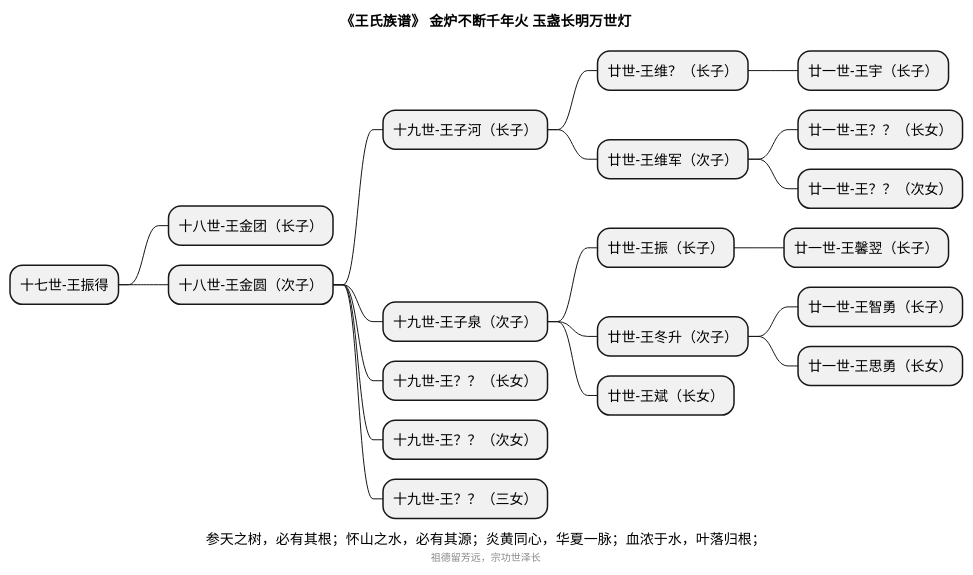
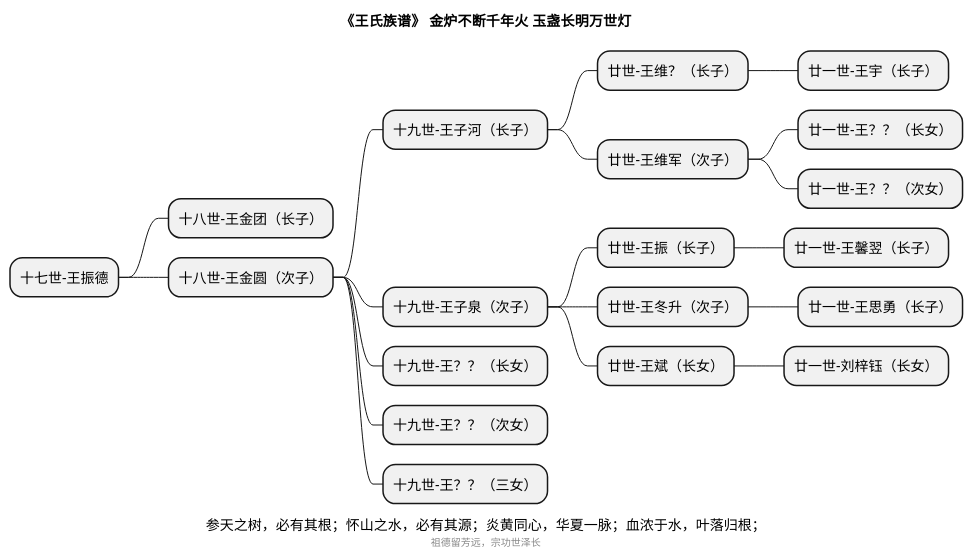
Before and after one commit to wdsheng0i/wdsheng0i.github.io: the diagram in assets/files/mindmap/family-wang.puml, drawn with PlantUML. The commit also changed 4 other files, not shown here.

```diff
--- a/assets/files/mindmap/family-wang.puml
+++ b/assets/files/mindmap/family-wang.puml
@@ -1,27 +1,27 @@
 @startmindmap
 
 caption 参天之树，必有其根；怀山之水，必有其源；炎黄同心，华夏一脉；血浓于水，叶落归根；
 title 《王氏族谱》 金炉不断千年火  玉盏长明万世灯
 
-* 十七世-王振得
+* 十七世-王振德
 ** 十八世-王金团（长子）
 ** 十八世-王金圆（次子）
 *** 十九世-王子河（长子）
 **** 廿世-王维？（长子）
 ***** 廿一世-王宇（长子）
 **** 廿世-王维军（次子）
 ***** 廿一世-王？？（长女）
 ***** 廿一世-王？？（次女）
 *** 十九世-王子泉（次子）
 **** 廿世-王振（长子）
 ***** 廿一世-王馨翌（长子）
 **** 廿世-王冬升（次子）
-***** 廿一世-王智勇（长子）
-***** 廿一世-王思勇（长女）
+***** 廿一世-王思勇（长子）
 **** 廿世-王斌（长女）
+***** 廿一世-刘梓钰（长女）
 *** 十九世-王？？（长女）
 *** 十九世-王？？（次女）
 *** 十九世-王？？（三女）
 
 center footer 祖德留芳远，宗功世泽长
 @endmindmap
```
